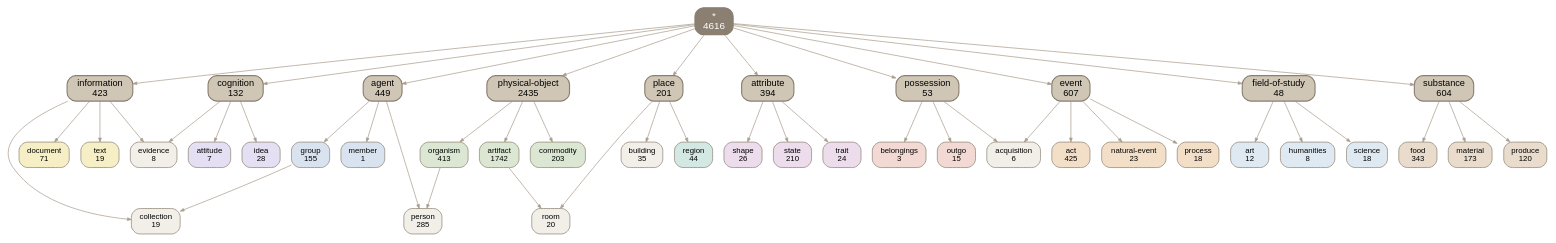
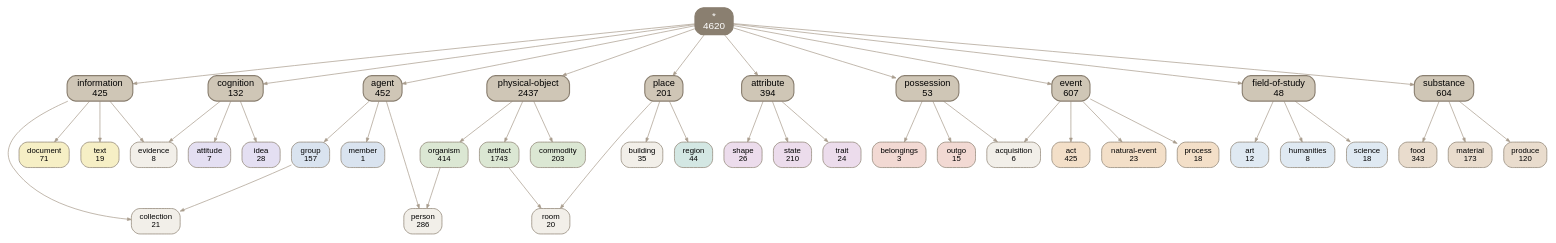
Before and after one commit to petfold/ontodag-core: the diagram in docs/img/top.dot, drawn with Graphviz. The commit also changed 195 other files, not shown here.

```diff
--- a/docs/img/top.dot
+++ b/docs/img/top.dot
@@ -1,92 +1,92 @@
 digraph core {
   root="*"; rankdir=TB; ranksep=0.8; nodesep=0.22; splines=true; outputorder=edgesfirst;
   node [shape=box, style="rounded,filled", color="#8a7f70", fontname=Helvetica, fontsize=11];
   edge [color="#a89c8c", arrowsize=0.55];
-  "*" [label="*\n4616" fillcolor="#8a7f70" fontcolor="white" fontsize=14 penwidth=1.6];
+  "*" [label="*\n4620" fillcolor="#8a7f70" fontcolor="white" fontsize=14 penwidth=1.6];
   "*" -> "agent";
   "*" -> "attribute";
   "*" -> "cognition";
   "*" -> "event";
   "*" -> "field-of-study";
   "*" -> "information";
   "*" -> "physical-object";
   "*" -> "place";
   "*" -> "possession";
   "*" -> "substance";
   "acquisition" [label="acquisition\n6" fillcolor="#f2efe9"];
   "act" [label="act\n425" fillcolor="#f3dfc8"];
-  "agent" [label="agent\n449" fillcolor="#cfc6b6" fontsize=13 penwidth=1.6];
+  "agent" [label="agent\n452" fillcolor="#cfc6b6" fontsize=13 penwidth=1.6];
   "art" [label="art\n12" fillcolor="#dfe9f2"];
-  "artifact" [label="artifact\n1742" fillcolor="#dbe7d3"];
+  "artifact" [label="artifact\n1743" fillcolor="#dbe7d3"];
   "attitude" [label="attitude\n7" fillcolor="#e4dff2"];
   "attribute" [label="attribute\n394" fillcolor="#cfc6b6" fontsize=13 penwidth=1.6];
   "belongings" [label="belongings\n3" fillcolor="#f2d9d3"];
   "building" [label="building\n35" fillcolor="#f2efe9"];
   "cognition" [label="cognition\n132" fillcolor="#cfc6b6" fontsize=13 penwidth=1.6];
-  "collection" [label="collection\n19" fillcolor="#f2efe9"];
+  "collection" [label="collection\n21" fillcolor="#f2efe9"];
   "commodity" [label="commodity\n203" fillcolor="#dbe7d3"];
   "document" [label="document\n71" fillcolor="#f6efc5"];
   "event" [label="event\n607" fillcolor="#cfc6b6" fontsize=13 penwidth=1.6];
   "evidence" [label="evidence\n8" fillcolor="#f2efe9"];
   "field-of-study" [label="field-of-study\n48" fillcolor="#cfc6b6" fontsize=13 penwidth=1.6];
   "food" [label="food\n343" fillcolor="#e9dccd"];
-  "group" [label="group\n155" fillcolor="#d9e3ef"];
+  "group" [label="group\n157" fillcolor="#d9e3ef"];
   "humanities" [label="humanities\n8" fillcolor="#dfe9f2"];
   "idea" [label="idea\n28" fillcolor="#e4dff2"];
-  "information" [label="information\n423" fillcolor="#cfc6b6" fontsize=13 penwidth=1.6];
+  "information" [label="information\n425" fillcolor="#cfc6b6" fontsize=13 penwidth=1.6];
   "material" [label="material\n173" fillcolor="#e9dccd"];
   "member" [label="member\n1" fillcolor="#d9e3ef"];
   "natural-event" [label="natural-event\n23" fillcolor="#f3dfc8"];
-  "organism" [label="organism\n413" fillcolor="#dbe7d3"];
+  "organism" [label="organism\n414" fillcolor="#dbe7d3"];
   "outgo" [label="outgo\n15" fillcolor="#f2d9d3"];
-  "person" [label="person\n285" fillcolor="#f2efe9"];
-  "physical-object" [label="physical-object\n2435" fillcolor="#cfc6b6" fontsize=13 penwidth=1.6];
+  "person" [label="person\n286" fillcolor="#f2efe9"];
+  "physical-object" [label="physical-object\n2437" fillcolor="#cfc6b6" fontsize=13 penwidth=1.6];
   "place" [label="place\n201" fillcolor="#cfc6b6" fontsize=13 penwidth=1.6];
   "possession" [label="possession\n53" fillcolor="#cfc6b6" fontsize=13 penwidth=1.6];
   "process" [label="process\n18" fillcolor="#f3dfc8"];
   "produce" [label="produce\n120" fillcolor="#e9dccd"];
   "region" [label="region\n44" fillcolor="#d3e7e3"];
   "room" [label="room\n20" fillcolor="#f2efe9"];
   "science" [label="science\n18" fillcolor="#dfe9f2"];
   "shape" [label="shape\n26" fillcolor="#ecdcec"];
   "state" [label="state\n210" fillcolor="#ecdcec"];
   "substance" [label="substance\n604" fillcolor="#cfc6b6" fontsize=13 penwidth=1.6];
   "text" [label="text\n19" fillcolor="#f6efc5"];
   "trait" [label="trait\n24" fillcolor="#ecdcec"];
   { rank=same; "agent" "attribute" "cognition" "event" "field-of-study" "information" "physical-object" "place" "possession" "substance" }
-  "field-of-study" -> "art";
+  "cognition" -> "evidence";
+  "information" -> "evidence";
+  "attribute" -> "trait";
+  "substance" -> "material";
+  "attribute" -> "state";
+  "cognition" -> "idea";
+  "agent" -> "group";
+  "cognition" -> "attitude";
+  "substance" -> "produce";
+  "event" -> "acquisition";
+  "possession" -> "acquisition";
+  "place" -> "building";
+  "attribute" -> "shape";
+  "event" -> "act";
   "group" -> "collection";
   "information" -> "collection";
-  "field-of-study" -> "humanities";
-  "cognition" -> "attitude";
-  "attribute" -> "state";
-  "agent" -> "group";
+  "physical-object" -> "artifact";
+  "physical-object" -> "organism";
+  "possession" -> "outgo";
+  "information" -> "text";
+  "event" -> "process";
+  "field-of-study" -> "art";
+  "physical-object" -> "commodity";
+  "event" -> "natural-event";
   "field-of-study" -> "science";
   "agent" -> "person";
   "organism" -> "person";
-  "substance" -> "material";
-  "physical-object" -> "organism";
-  "cognition" -> "idea";
-  "substance" -> "produce";
   "agent" -> "member";
-  "attribute" -> "trait";
-  "physical-object" -> "commodity";
+  "information" -> "document";
   "possession" -> "belongings";
-  "event" -> "process";
-  "information" -> "text";
-  "attribute" -> "shape";
+  "substance" -> "food";
+  "place" -> "region";
+  "field-of-study" -> "humanities";
   "artifact" -> "room";
   "place" -> "room";
-  "cognition" -> "evidence";
-  "information" -> "evidence";
-  "event" -> "acquisition";
-  "possession" -> "acquisition";
-  "place" -> "building";
-  "event" -> "act";
-  "substance" -> "food";
-  "physical-object" -> "artifact";
-  "event" -> "natural-event";
-  "possession" -> "outgo";
-  "information" -> "document";
-  "place" -> "region";
 }
```
